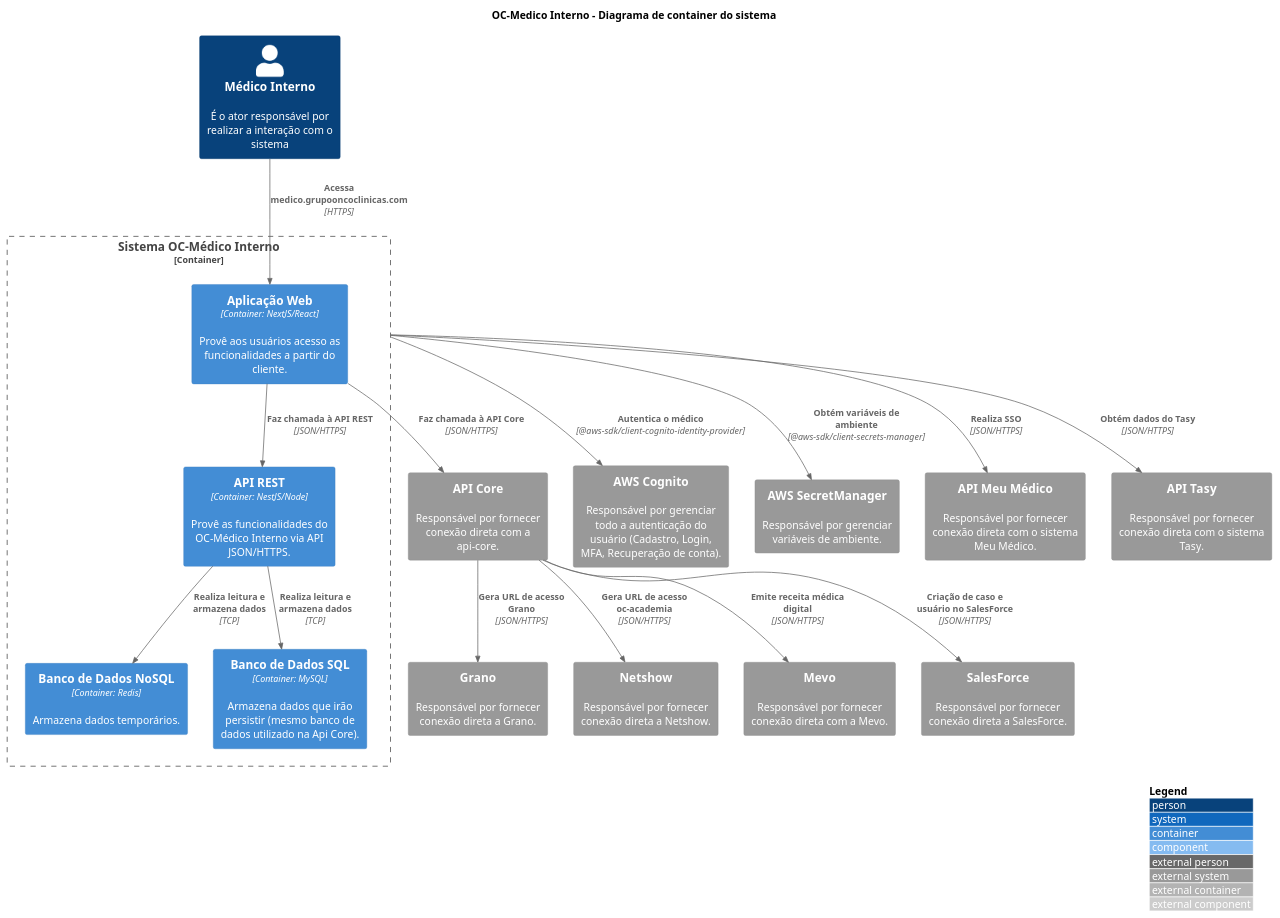
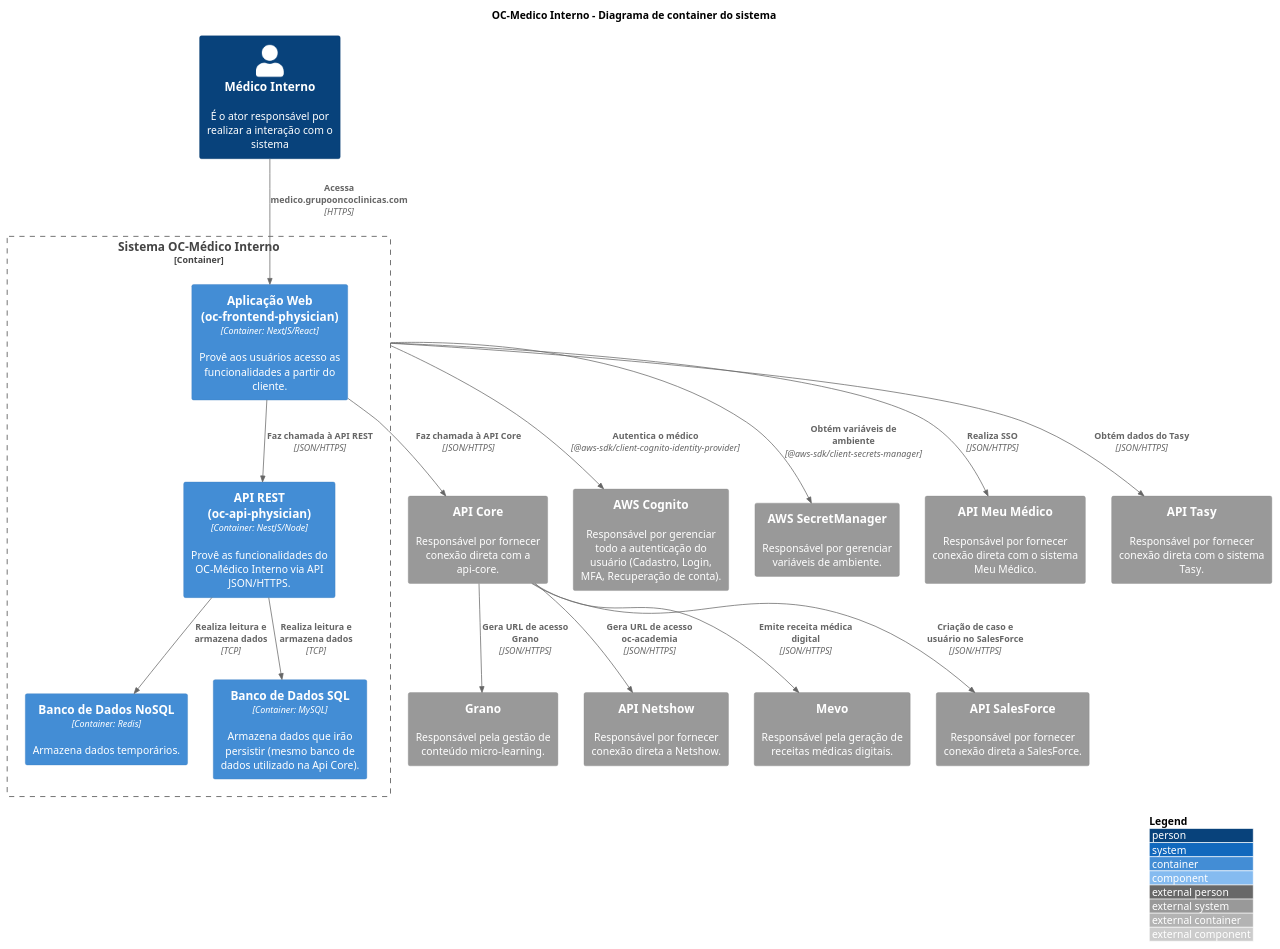
One commit to luizggbasedigital/poc-oc-docs changed the diagram in src/OC-Medico Interno/C1. Visão Geral/C2. Sistema/containers.puml. Above: the diagram before and after it, drawn with PlantUML. The commit also changed 1 other file, not shown here.

Commit message:
docs: improve internal physician docs descriptions

```diff
--- a/src/OC-Medico Interno/C1. Visão Geral/C2. Sistema/containers.puml
+++ b/src/OC-Medico Interno/C1. Visão Geral/C2. Sistema/containers.puml
@@ -1,58 +1,58 @@
 @startuml "Container Diagram"
 
 title "OC-Medico Interno - Diagrama de container do sistema"
 
 !include https://raw.githubusercontent.com/adrianvlupu/C4-PlantUML/latest/C4_Component.puml
 
 LAYOUT_WITH_LEGEND()
 
 skinparam backgroundcolor transparent
 
 /'Actors'/
 Person(ActorInternalPhysician, "Médico Interno", "É o ator responsável por realizar a interação com o sistema")
 
 /'Internal Systems'/
 Container_Boundary(SystemOCInternalPhysician, "Sistema OC-Médico Interno") {
-  Container(ContainerWebApp, "Aplicação Web", "Container: NextJS/React", "Provê aos usuários acesso as funcionalidades a partir do cliente.")
-  Container(ContainerServerApi, "API REST", "Container: NestJS/Node", "Provê as funcionalidades do OC-Médico Interno via API JSON/HTTPS.")
+  Container(ContainerWebApp, "Aplicação Web (oc-frontend-physician)", "Container: NextJS/React", "Provê aos usuários acesso as funcionalidades a partir do cliente.")
+  Container(ContainerServerApi, "API REST (oc-api-physician)", "Container: NestJS/Node", "Provê as funcionalidades do OC-Médico Interno via API JSON/HTTPS.")
   Container(ContainerDatabaseRedis, "Banco de Dados NoSQL", "Container: Redis", "Armazena dados temporários.")
   Container(ContainerDatabaseSQL, "Banco de Dados SQL", "Container: MySQL", "Armazena dados que irão persistir (mesmo banco de dados utilizado na Api Core).")
 
   Rel(ActorInternalPhysician, ContainerWebApp, "Acessa medico.grupooncoclinicas.com", "HTTPS")
   Rel(ContainerServerApi, ContainerDatabaseRedis, "Realiza leitura e armazena dados", "TCP")
   Rel(ContainerServerApi, ContainerDatabaseSQL, "Realiza leitura e armazena dados", "TCP")
 
   Rel(ContainerWebApp, ContainerServerApi, "Faz chamada à API REST", "JSON/HTTPS")
 
 }
 
 /'External Systems'/
 System_Ext(SystemMyPhysicianApi, "API Meu Médico", "Responsável por fornecer conexão direta com o sistema Meu Médico.")
 System_Ext(SystemTasyApi, "API Tasy", "Responsável por fornecer conexão direta com o sistema Tasy.")
 
 /'API-Core Systems'/
 System_Ext(SystemApiCore, "API Core", "Responsável por fornecer conexão direta com a api-core.")
-System_Ext(SystemMevo, "Mevo", "Responsável por fornecer conexão direta com a Mevo.")
-System_Ext(SystemSalesForce, "SalesForce", "Responsável por fornecer conexão direta a SalesForce.")
-System_Ext(SystemGrano, "Grano", "Responsável por fornecer conexão direta a Grano.")
-System_Ext(SystemNetshow, "Netshow", "Responsável por fornecer conexão direta a Netshow.")
+System_Ext(SystemMevo, "Mevo", "Responsável pela geração de receitas médicas digitais.")
+System_Ext(SystemSalesForce, "API SalesForce", "Responsável por fornecer conexão direta a SalesForce.")
+System_Ext(SystemGrano, "Grano", "Responsável pela gestão de conteúdo micro-learning.")
+System_Ext(SystemNetshow, "API Netshow", "Responsável por fornecer conexão direta a Netshow.")
 
 /'AWS Systems'/
 System_Ext(SystemAWSCognito, "AWS Cognito", "Responsável por gerenciar todo a autenticação do usuário (Cadastro, Login, MFA, Recuperação de conta).")
 System_Ext(SystemAWSSecretManager, "AWS SecretManager", "Responsável por gerenciar variáveis de ambiente.")
 
 /'Relations'/
 Rel(SystemOCInternalPhysician, SystemAWSCognito, "Autentica o médico", "@aws-sdk/client-cognito-identity-provider")
 Rel(SystemOCInternalPhysician, SystemAWSSecretManager, "Obtém variáveis de ambiente", "@aws-sdk/client-secrets-manager")
 Rel(SystemOCInternalPhysician, SystemMyPhysicianApi, "Realiza SSO", "JSON/HTTPS")
 Rel(SystemOCInternalPhysician, SystemTasyApi, "Obtém dados do Tasy", "JSON/HTTPS")
 
 /'API-Core Integrations'/
 Rel(ContainerWebApp, SystemApiCore, "Faz chamada à API Core", "JSON/HTTPS")
 Rel(SystemApiCore, SystemMevo, "Emite receita médica digital", "JSON/HTTPS")
 Rel(SystemApiCore, SystemSalesForce, "Criação de caso e usuário no SalesForce", "JSON/HTTPS")
 Rel(SystemApiCore, SystemGrano, "Gera URL de acesso Grano", "JSON/HTTPS")
 Rel(SystemApiCore, SystemNetshow, "Gera URL de acesso oc-academia", "JSON/HTTPS")
 
 
 @enduml
```
